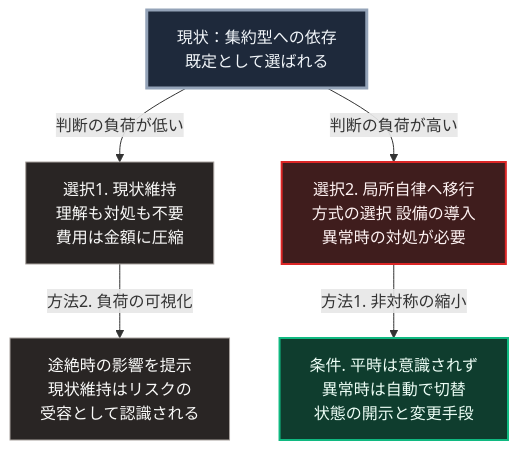
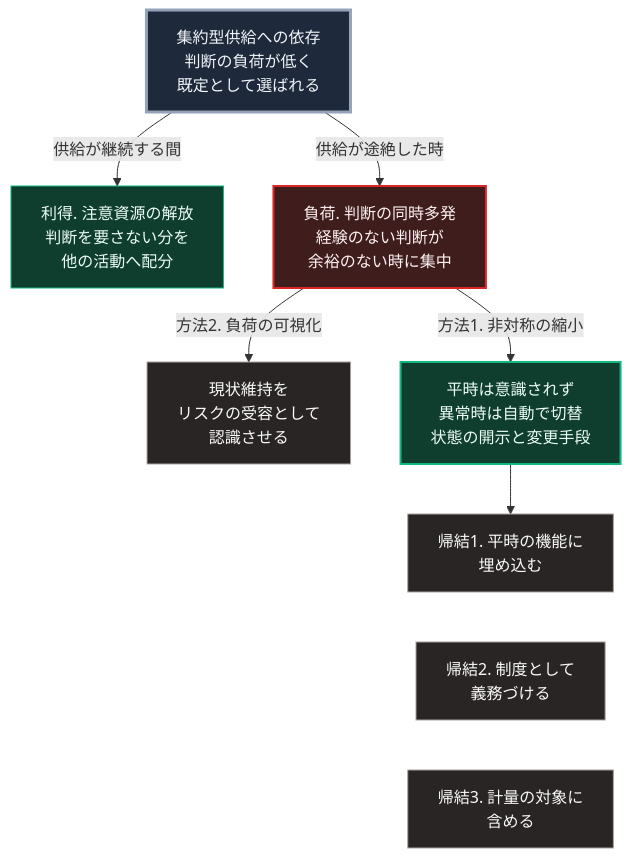
One commit to Takenori-Kusaka/zenn-content changed the diagram in books/sovereign-resilience-blueprint/20_autonomous-society-frictions.md. Above: the diagram before and after it, drawn with Mermaid. The commit also changed other lines of this file and 11 other files, not shown here.

````diff
--- a/books/sovereign-resilience-blueprint/20_autonomous-society-frictions.md
+++ b/books/sovereign-resilience-blueprint/20_autonomous-society-frictions.md
@@ -75,14 +141,20 @@
 ```mermaid
 flowchart TD
-    Q[現状：集約型への依存<br>既定として選ばれる]
-    Q -->|判断の負荷が低い| A[選択1. 現状維持<br>理解も対処も不要<br>費用は金額に圧縮]
-    Q -->|判断の負荷が高い| B[選択2. 局所自律へ移行<br>方式の選択 設備の導入<br>異常時の対処が必要]
-    A -->|方法2. 負荷の可視化| A2[途絶時の影響を提示<br>現状維持はリスクの<br>受容として認識される]
-    B -->|方法1. 非対称の縮小| C[条件. 平時は意識されず<br>異常時は自動で切替<br>状態の開示と変更手段]
+    D[集約型供給への依存<br>判断の負荷が低く<br>既定として選ばれる]
+    D -->|供給が継続する間| A[利得. 注意資源の解放<br>判断を要さない分を<br>他の活動へ配分]
+    D -->|供給が途絶した時| B[負荷. 判断の同時多発<br>経験のない判断が<br>余裕のない時に集中]
+    B -->|方法2. 負荷の可視化| C[現状維持を<br>リスクの受容として<br>認識させる]
+    B -->|方法1. 非対称の縮小| E[平時は意識されず<br>異常時は自動で切替<br>状態の開示と変更手段]
+    E --> K1[帰結1. 平時の機能に<br>埋め込む]
+    K1 ~~~ K2[帰結2. 制度として<br>義務づける]
+    K2 ~~~ K3[帰結3. 計量の対象に<br>含める]
 
-    style Q fill:#1e293b,stroke:#94a3b8,stroke-width:3px,color:#f1f5f9
-    style A fill:#292524,stroke:#a8a29e,color:#fafaf9
+    style D fill:#1e293b,stroke:#94a3b8,stroke-width:3px,color:#f1f5f9
+    style A fill:#0f3d2e,stroke:#10b981,color:#ecfdf5
     style B fill:#3f1d1d,stroke:#dc2626,stroke-width:2px,color:#fef2f2
-    style A2 fill:#292524,stroke:#a8a29e,color:#fafaf9
-    style C fill:#0f3d2e,stroke:#10b981,stroke-width:2px,color:#ecfdf5
+    style C fill:#292524,stroke:#a8a29e,color:#fafaf9
+    style E fill:#0f3d2e,stroke:#10b981,stroke-width:2px,color:#ecfdf5
+    style K1 fill:#292524,stroke:#a8a29e,color:#fafaf9
+    style K2 fill:#292524,stroke:#a8a29e,color:#fafaf9
+    style K3 fill:#292524,stroke:#a8a29e,color:#fafaf9
 ```
````
